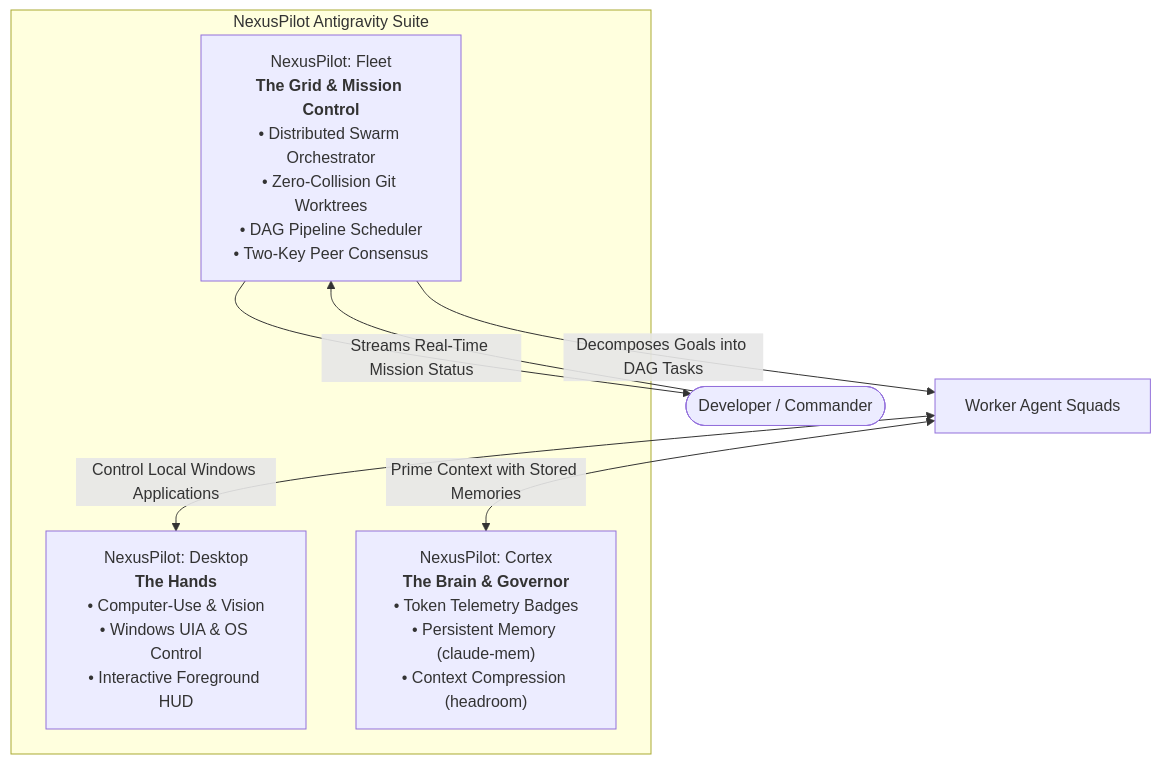
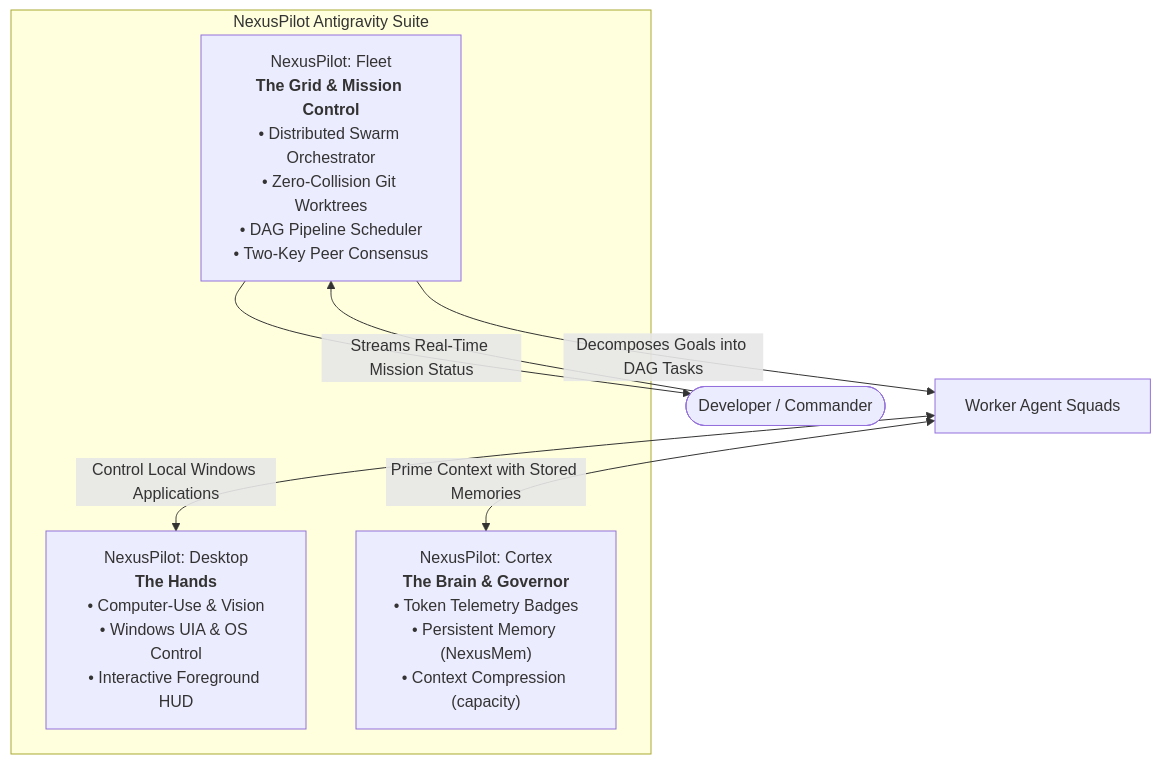
The first of 4 diagrams in PRD.md (nishantshaligram/nexus-pilot-fleet), drawn with Mermaid before and after one commit.

Commit message:
refactor: remove external tool references from PRD and architecture specs

````diff
--- a/PRD.md
+++ b/PRD.md
@@ -23,14 +23,14 @@
 ```mermaid
 flowchart TD
     subgraph NexusPilotSuite["NexusPilot Antigravity Suite"]
         NP_Desktop["NexusPilot: Desktop<br/><b>The Hands</b><br/>• Computer-Use & Vision<br/>• Windows UIA & OS Control<br/>• Interactive Foreground HUD"]
-        NP_Cortex["NexusPilot: Cortex<br/><b>The Brain & Governor</b><br/>• Token Telemetry Badges<br/>• Persistent Memory (claude-mem)<br/>• Context Compression (headroom)"]
+        NP_Cortex["NexusPilot: Cortex<br/><b>The Brain & Governor</b><br/>• Token Telemetry Badges<br/>• Persistent Memory (NexusMem)<br/>• Context Compression (capacity)"]
         NP_Fleet["NexusPilot: Fleet<br/><b>The Grid & Mission Control</b><br/>• Distributed Swarm Orchestrator<br/>• Zero-Collision Git Worktrees<br/>• DAG Pipeline Scheduler<br/>• Two-Key Peer Consensus"]
     end
 
     User(["Developer / Commander"]) --> NP_Fleet
     NP_Fleet -->|Decomposes Goals into DAG Tasks| WorkerSquad["Worker Agent Squads"]
     WorkerSquad <-->|Prime Context with Stored Memories| NP_Cortex
     WorkerSquad <-->|Control Local Windows Applications| NP_Desktop
     NP_Fleet -->|Streams Real-Time Mission Status| User
 ```
````
